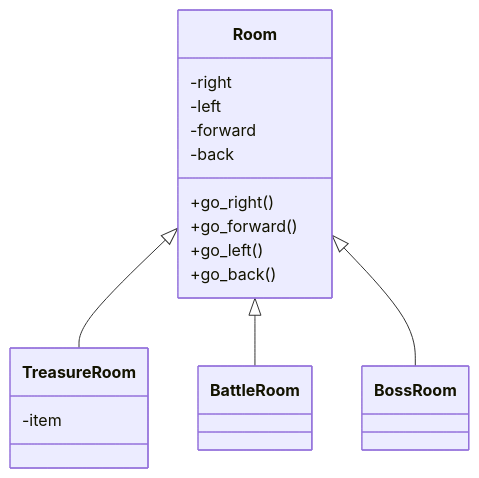
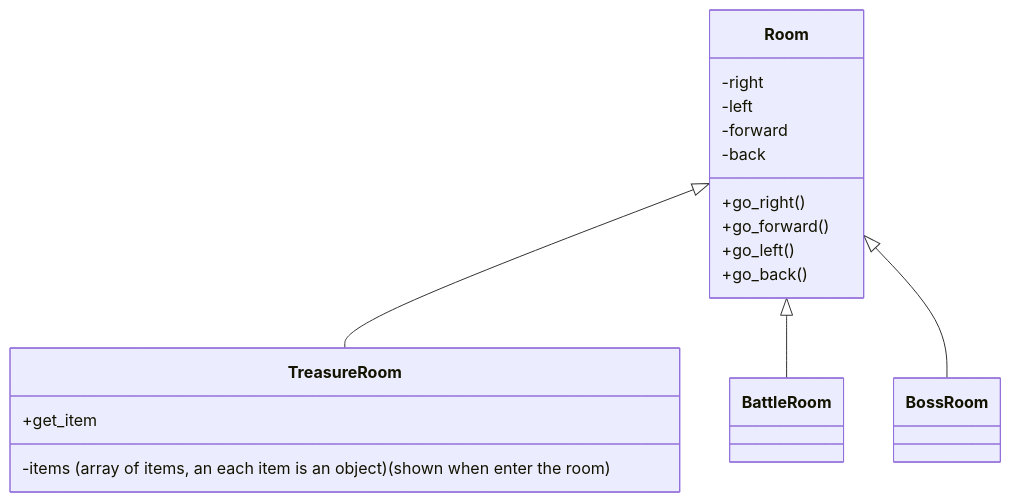
The first of 3 diagrams in README.md (edward-yee-ny/j1-summary-project-private-), drawn with Mermaid before and after one commit.

````diff
--- a/README.md
+++ b/README.md
@@ -60,15 +60,16 @@
 ```mermaid
 classDiagram
     Room <|-- TreasureRoom
     Room <|-- BattleRoom
     Room <|-- BossRoom
     Room : -right
     Room : -left
     Room : -forward
     Room : -back
     Room : +go_right()
     Room : +go_forward()
     Room : +go_left()
     Room : +go_back()
-    TreasureRoom : -item
+    TreasureRoom : -items (array of items, an each item is an object) (shown when enter the room)
+    TreasureRoom : +get_item
 ```
````
